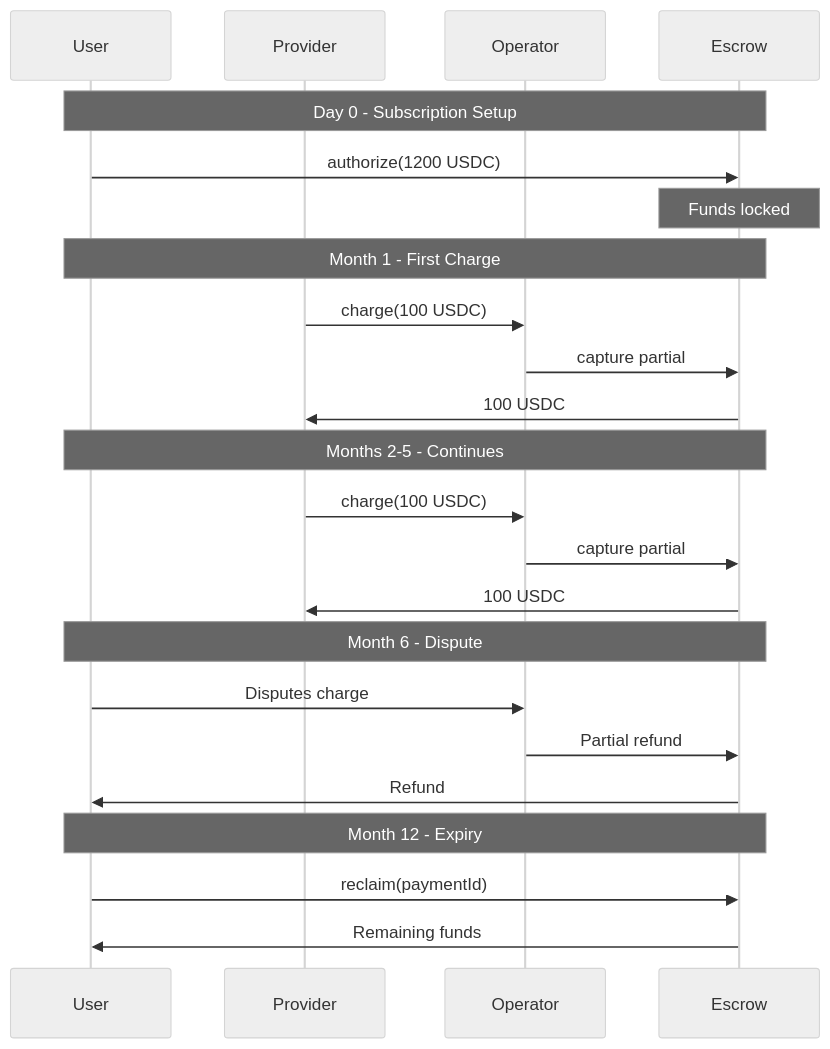
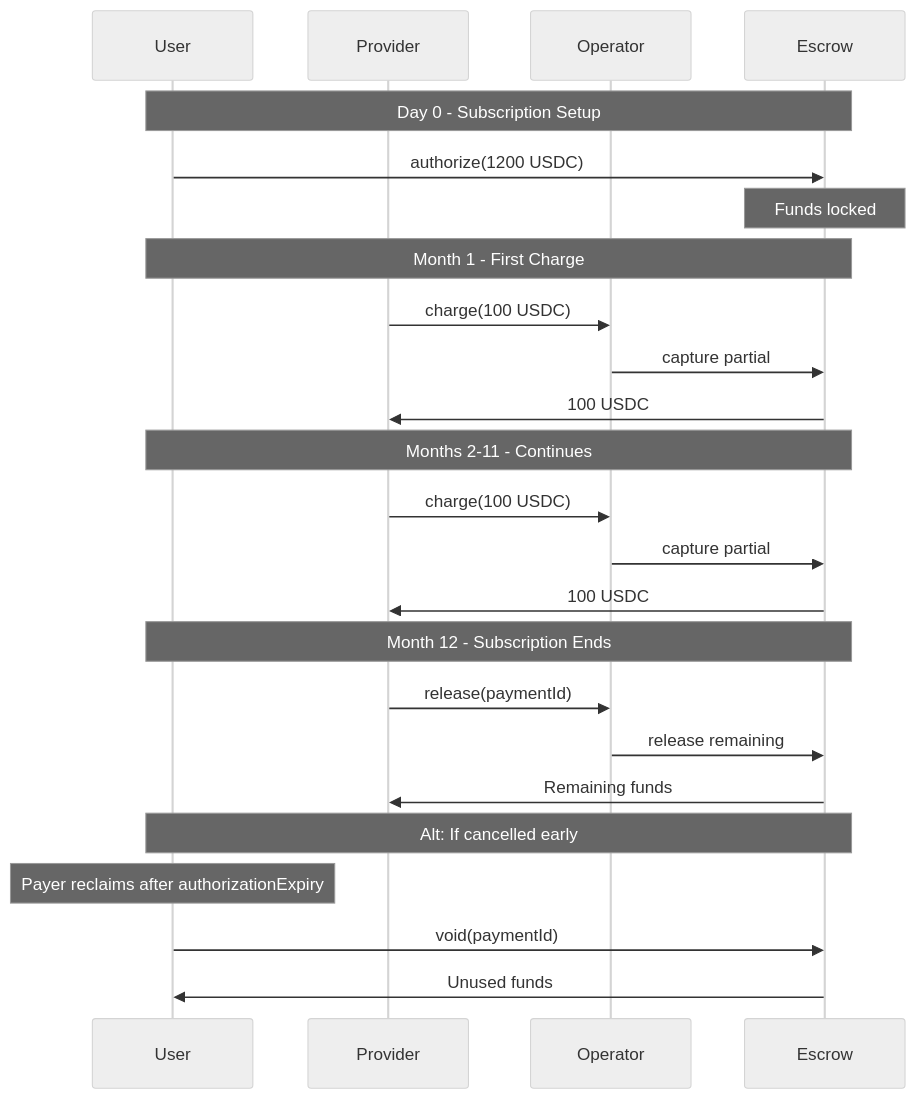
Before and after one commit to BackTrackCo/docs: the fifth of 8 diagrams in contracts/examples.mdx, drawn with Mermaid (neutral theme). The commit also changed other lines of this file and 9 other files, not shown here.

````diff
--- a/contracts/examples.mdx
+++ b/contracts/examples.mdx
@@ -478,30 +482,31 @@
 ```mermaid
 sequenceDiagram
     participant User
     participant Provider
     participant Operator
     participant Escrow
 
     Note over User,Escrow: Day 0 - Subscription Setup
     User->>Escrow: authorize(1200 USDC)
     Note over Escrow: Funds locked
 
     Note over User,Escrow: Month 1 - First Charge
     Provider->>Operator: charge(100 USDC)
     Operator->>Escrow: capture partial
     Escrow->>Provider: 100 USDC
 
-    Note over User,Escrow: Months 2-5 - Continues
+    Note over User,Escrow: Months 2-11 - Continues
     Provider->>Operator: charge(100 USDC)
     Operator->>Escrow: capture partial
     Escrow->>Provider: 100 USDC
 
-    Note over User,Escrow: Month 6 - Dispute
-    User->>Operator: Disputes charge
-    Operator->>Escrow: Partial refund
-    Escrow->>User: Refund
+    Note over User,Escrow: Month 12 - Subscription Ends
+    Provider->>Operator: release(paymentId)
+    Operator->>Escrow: release remaining
+    Escrow->>Provider: Remaining funds
 
-    Note over User,Escrow: Month 12 - Expiry
-    User->>Escrow: reclaim(paymentId)
-    Escrow->>User: Remaining funds
+    Note over User,Escrow: Alt: If cancelled early
+    Note over User: Payer reclaims after authorizationExpiry
+    User->>Escrow: void(paymentId)
+    Escrow->>User: Unused funds
 ```
````
